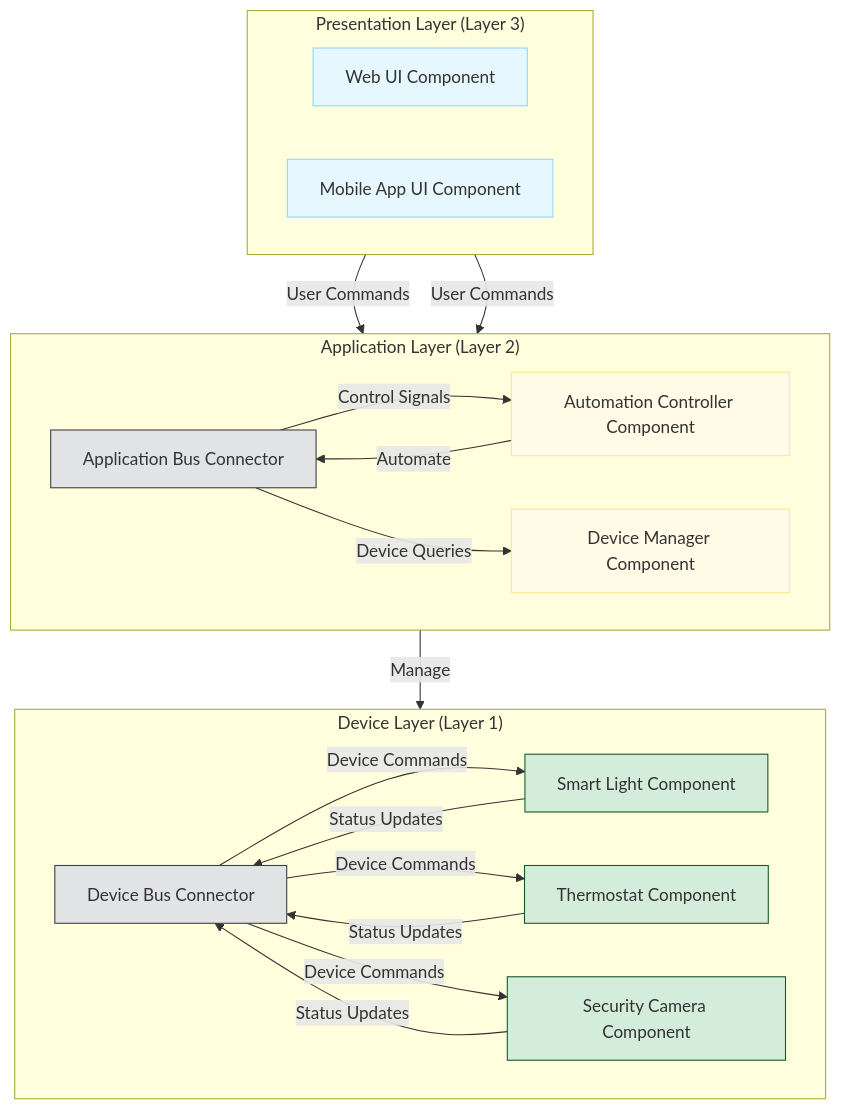
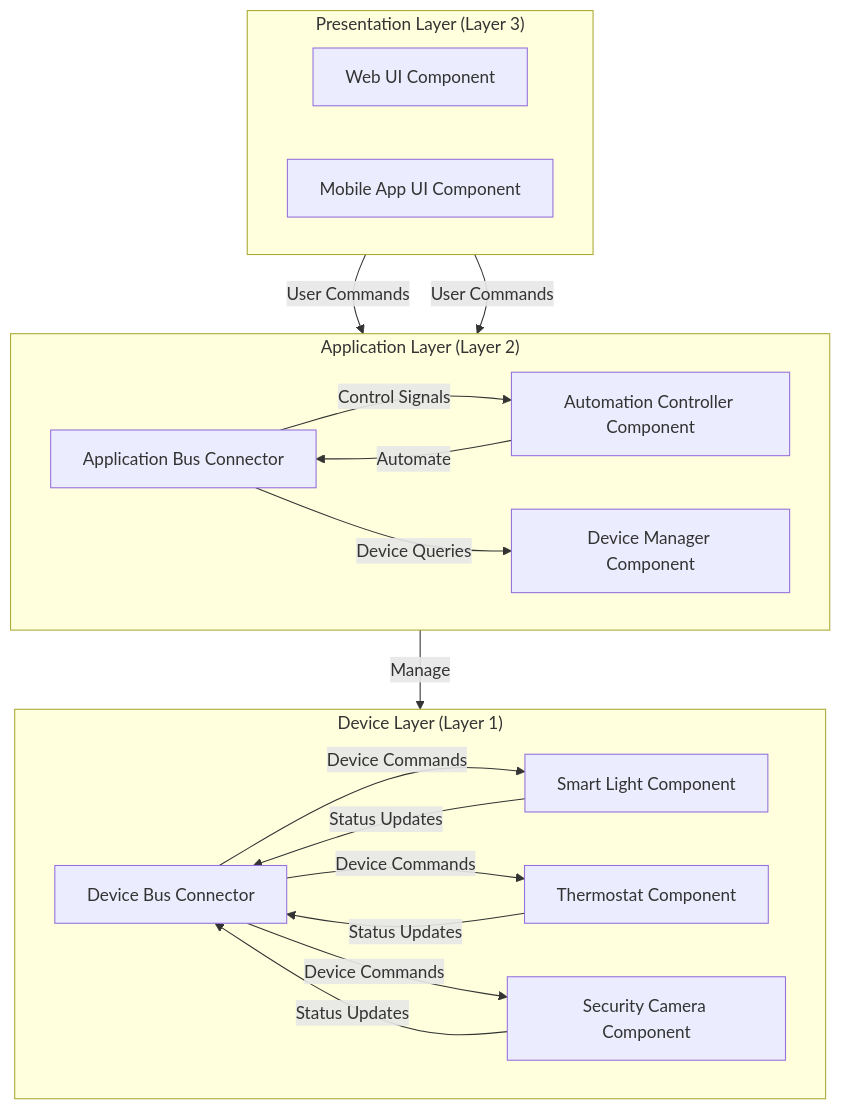
One commit to sujith-eag/sujith-library changed the second of 2 diagrams in docs/software-modeling/c2-architecture.md. Above: the diagram before and after it, drawn with Mermaid. The commit also changed other lines of this file and 41 other files, not shown here.

First line of the commit message:
Refactor diagrams and remove redundant styles in documentation

````diff
--- a/docs/software-modeling/c2-architecture.md
+++ b/docs/software-modeling/c2-architecture.md
@@ -73,48 +64,38 @@
 ```mermaid
 graph TD
     subgraph "Presentation Layer (Layer 3)"
         direction LR
         UIA[Web UI Component]
         UIB[Mobile App UI Component]
     end
 
     subgraph "Application Layer (Layer 2)"
         direction LR
         CN_App[Application Bus Connector]
         CtrlA[Automation Controller Component]
         CtrlB[Device Manager Component]
     end
 
     subgraph "Device Layer (Layer 1)"
         direction LR
         CN_Dev[Device Bus Connector]
         DevA[Smart Light Component]
         DevB[Thermostat Component]
         DevC[Security Camera Component]
     end
 
     UIA -- "User Commands" --> CN_App
     UIB -- "User Commands" --> CN_App
 
     CN_App -- "Control Signals" --> CtrlA
     CN_App -- "Device Queries" --> CtrlB
     CtrlA -- "Automate" --> CN_App
     CtrlB -- "Manage" --> CN_Dev
 
     CN_Dev -- "Device Commands" --> DevA
     CN_Dev -- "Device Commands" --> DevB
     CN_Dev -- "Device Commands" --> DevC
     DevA -- "Status Updates" --> CN_Dev
     DevB -- "Status Updates" --> CN_Dev
     DevC -- "Status Updates" --> CN_Dev
-
-    style UIA fill:#e6f7ff,stroke:#91d5ff
-    style UIB fill:#e6f7ff,stroke:#91d5ff
-    style CtrlA fill:#fffbe6,stroke:#ffe58f
-    style CtrlB fill:#fffbe6,stroke:#ffe58f
-    style DevA fill:#d4edda,stroke:#155724
-    style DevB fill:#d4edda,stroke:#155724
-    style DevC fill:#d4edda,stroke:#155724
-    style CN_App fill:#e2e3e5,stroke:#383d41
-    style CN_Dev fill:#e2e3e5,stroke:#383d41
 ```
````
